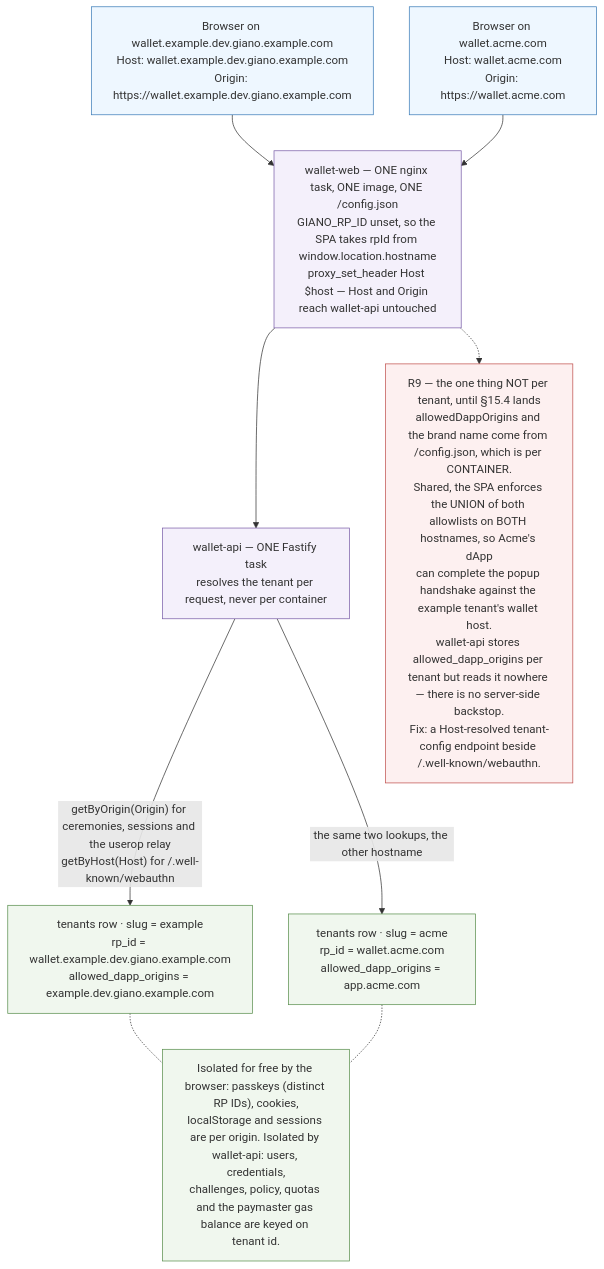
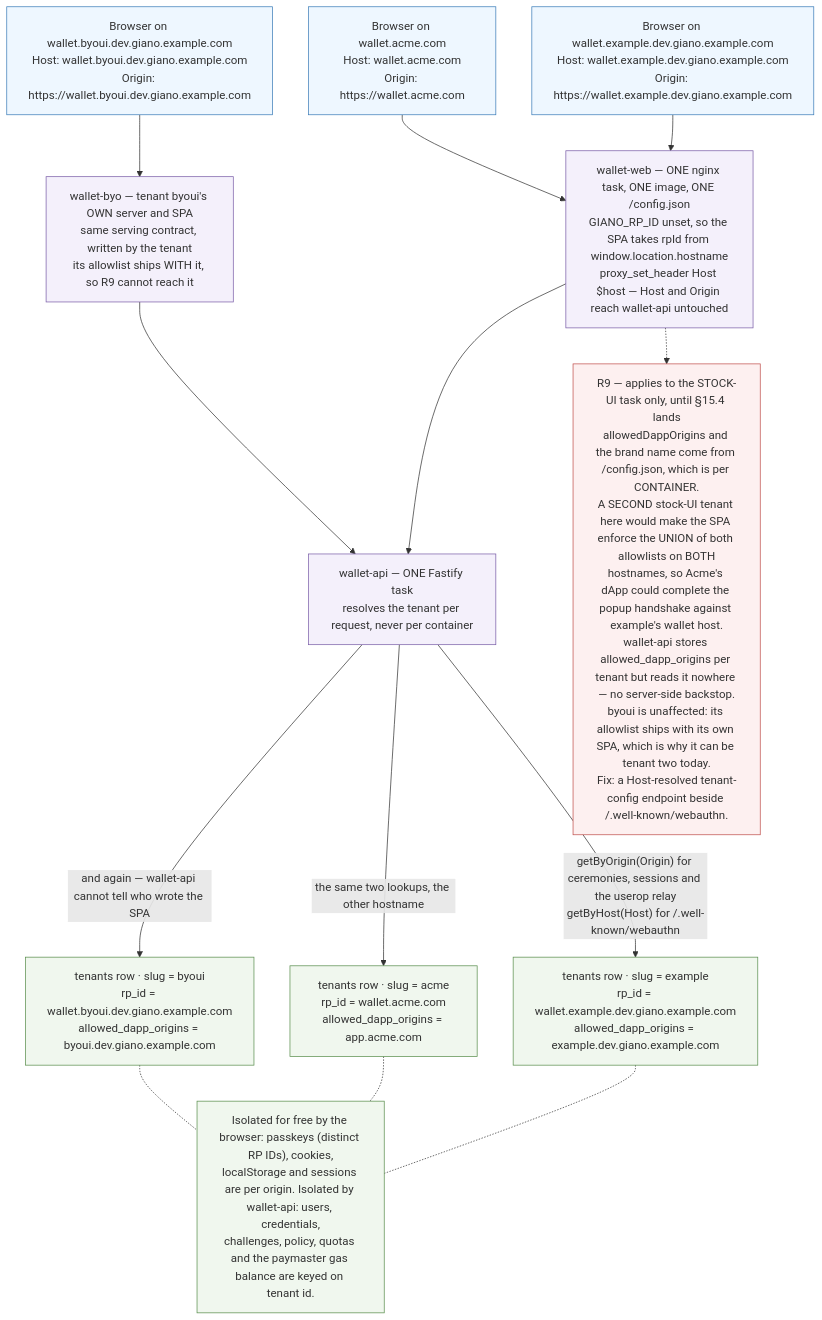
Before and after one commit to appliedblockchain/giano: the third of 3 diagrams in specs/DEV-INFRASTRUCTURE.md, drawn with Mermaid. The commit also changed other lines of this file, not shown here.

````diff
--- a/specs/DEV-INFRASTRUCTURE.md
+++ b/specs/DEV-INFRASTRUCTURE.md
@@ -238,37 +272,45 @@
 ```mermaid
 flowchart TB
 
 B1["Browser on wallet.example.dev.giano.example.com<br/>Host: wallet.example.dev.giano.example.com<br/>Origin: https://wallet.example.dev.giano.example.com"]
 B2["Browser on wallet.acme.com<br/>Host: wallet.acme.com<br/>Origin: https://wallet.acme.com"]
 
 NG["wallet-web — ONE nginx task, ONE image, ONE /config.json<br/>GIANO_RP_ID unset, so the SPA takes rpId from window.location.hostname<br/>proxy_set_header Host $host — Host and Origin reach wallet-api untouched"]
+BYO["wallet-byo — tenant byoui's OWN server and SPA<br/>same serving contract, written by the tenant<br/>its allowlist ships WITH it, so R9 cannot reach it"]
 
 API["wallet-api — ONE Fastify task<br/>resolves the tenant per request, never per container"]
 
 T1["tenants row · slug = example<br/>rp_id = wallet.example.dev.giano.example.com<br/>allowed_dapp_origins = example.dev.giano.example.com"]
 T2["tenants row · slug = acme<br/>rp_id = wallet.acme.com<br/>allowed_dapp_origins = app.acme.com"]
+T3["tenants row · slug = byoui<br/>rp_id = wallet.byoui.dev.giano.example.com<br/>allowed_dapp_origins = byoui.dev.giano.example.com"]
+
+B3["Browser on wallet.byoui.dev.giano.example.com<br/>Host: wallet.byoui.dev.giano.example.com<br/>Origin: https://wallet.byoui.dev.giano.example.com"]
 
 B1 --> NG
 B2 --> NG
+B3 --> BYO
 NG --> API
+BYO --> API
 
 API -->|"getByOrigin(Origin) for ceremonies, sessions and the userop relay<br/>getByHost(Host) for /.well-known/webauthn"| T1
 API -->|"the same two lookups, the other hostname"| T2
+API -->|"and again — wallet-api cannot tell who wrote the SPA"| T3
 
 ISO["Isolated for free by the browser: passkeys (distinct RP IDs), cookies,<br/>localStorage and sessions are per origin. Isolated by wallet-api: users, credentials,<br/>challenges, policy, quotas and the paymaster gas balance are keyed on tenant id."]
 T1 -.- ISO
 T2 -.- ISO
+T3 -.- ISO
 
-GAP["R9 — the one thing NOT per tenant, until §15.4 lands<br/>allowedDappOrigins and the brand name come from /config.json, which is per CONTAINER.<br/>Shared, the SPA enforces the UNION of both allowlists on BOTH hostnames, so Acme's dApp<br/>can complete the popup handshake against the example tenant's wallet host.<br/>wallet-api stores allowed_dapp_origins per tenant but reads it nowhere — there is no server-side backstop.<br/>Fix: a Host-resolved tenant-config endpoint beside /.well-known/webauthn."]
+GAP["R9 — applies to the STOCK-UI task only, until §15.4 lands<br/>allowedDappOrigins and the brand name come from /config.json, which is per CONTAINER.<br/>A SECOND stock-UI tenant here would make the SPA enforce the UNION of both allowlists on BOTH<br/>hostnames, so Acme's dApp could complete the popup handshake against example's wallet host.<br/>wallet-api stores allowed_dapp_origins per tenant but reads it nowhere — no server-side backstop.<br/>byoui is unaffected: its allowlist ships with its own SPA, which is why it can be tenant two today.<br/>Fix: a Host-resolved tenant-config endpoint beside /.well-known/webauthn."]
 NG -.-> GAP
 
 classDef browser fill:#eef7ff,stroke:#3b7cb8
 classDef svc fill:#f4f0fb,stroke:#7a5ea8
 classDef row fill:#f0f7ee,stroke:#5a8f4e
 classDef warn fill:#fdf0f0,stroke:#c0504d
-class B1,B2 browser
-class NG,API svc
-class T1,T2 row
+class B1,B2,B3 browser
+class NG,BYO,API svc
+class T1,T2,T3 row
 class GAP warn
 class ISO row
 ```
````
